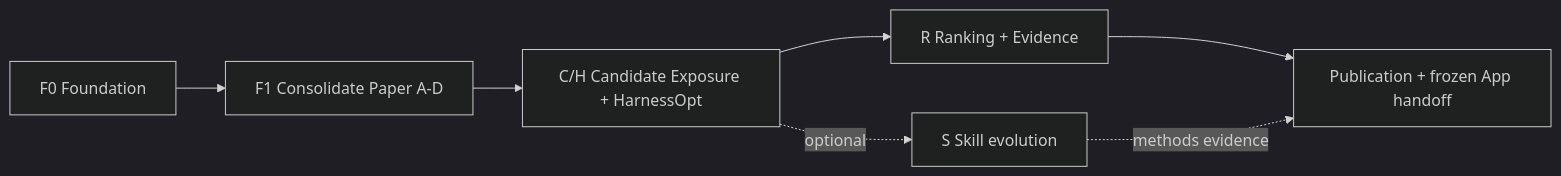
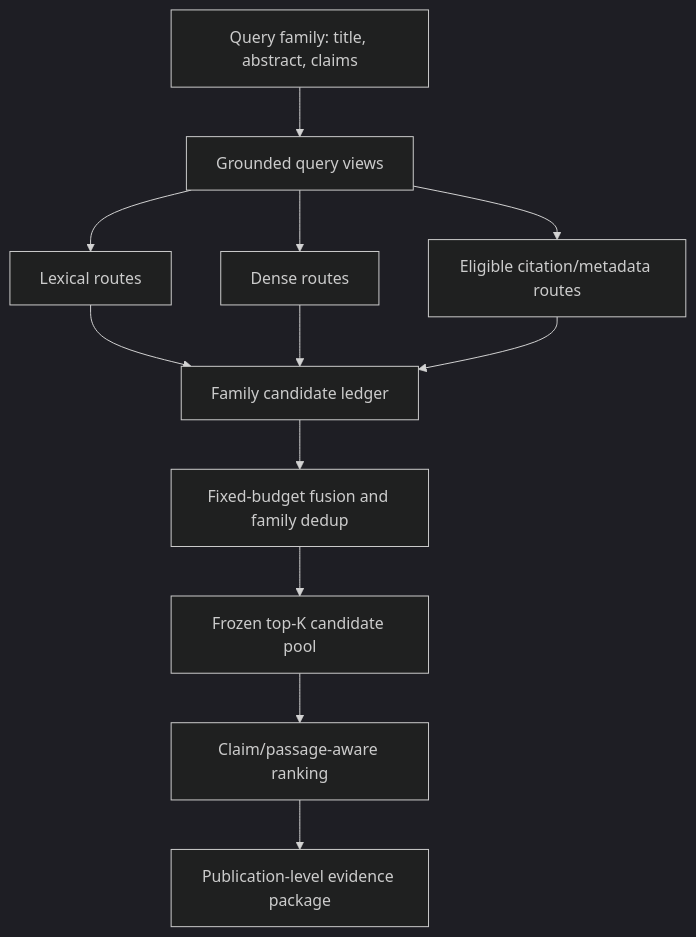
The diagram in FULL_RESEARCH_TRACK_PLAN.md (siriponsri/myIS), drawn with Mermaid (dark theme) before and after one commit. The commit also changed other lines of this file and 75 other files, not shown here.

````diff
--- a/FULL_RESEARCH_TRACK_PLAN.md
+++ b/FULL_RESEARCH_TRACK_PLAN.md
@@ -33,9 +75,14 @@
 ```mermaid
-flowchart LR
-    F0["F0 Foundation"] --> F1["F1 Consolidate Paper A-D"]
-    F1 --> CH["C/H Candidate Exposure + HarnessOpt"]
-    CH --> R["R Ranking + Evidence"]
-    R --> P["Publication + frozen App handoff"]
-    CH -. optional .-> S["S Skill evolution"]
-    S -. methods evidence .-> P
+flowchart TD
+    Q["Query family: title, abstract, claims"] --> V["Grounded query views"]
+    V --> L["Lexical routes"]
+    V --> D["Dense routes"]
+    V --> X["Eligible citation/metadata routes"]
+    L --> C["Family candidate ledger"]
+    D --> C
+    X --> C
+    C --> F["Fixed-budget fusion and family dedup"]
+    F --> P["Frozen top-K candidate pool"]
+    P --> R["Claim/passage-aware ranking"]
+    R --> E["Publication-level evidence package"]
 ```
````
